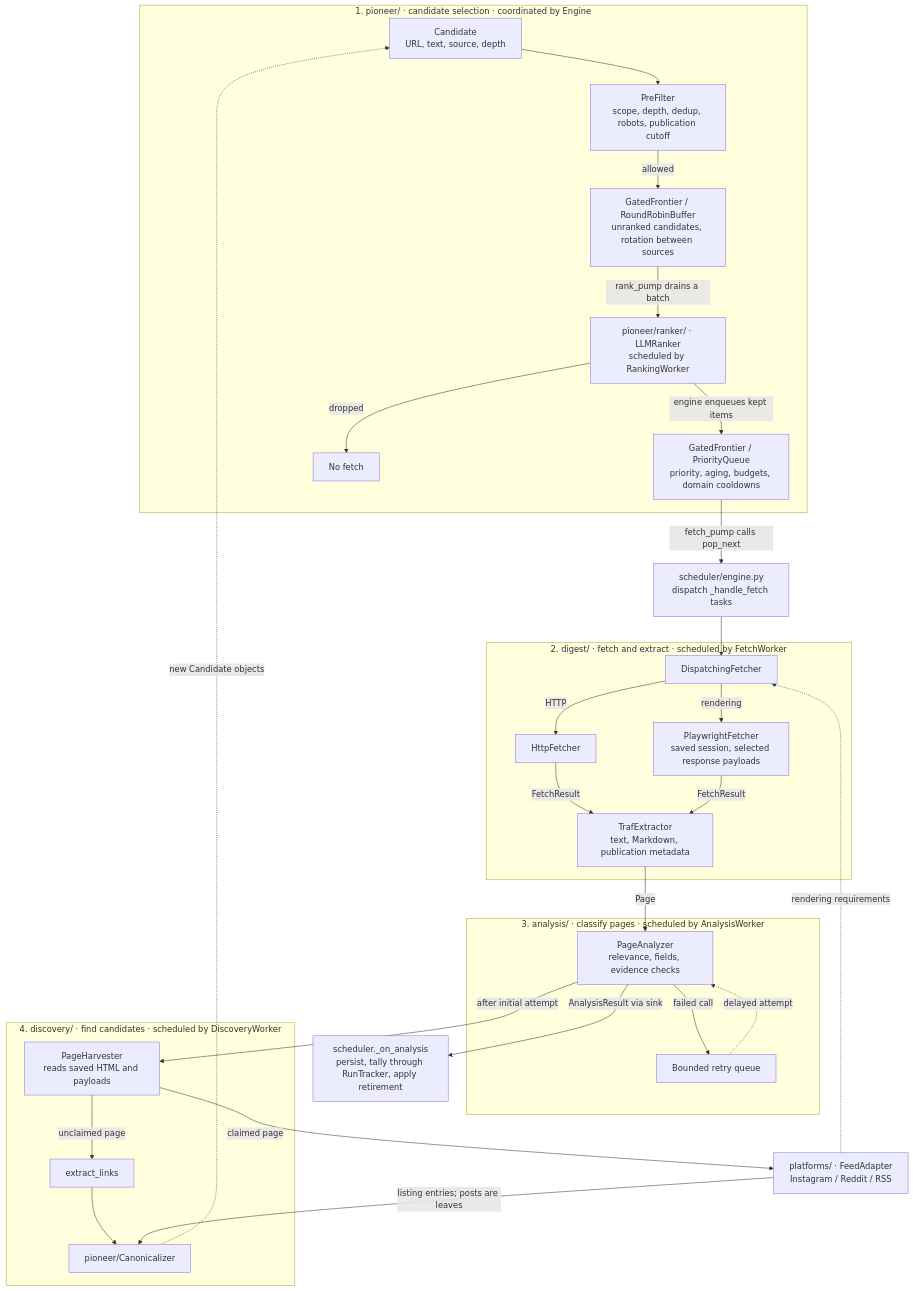
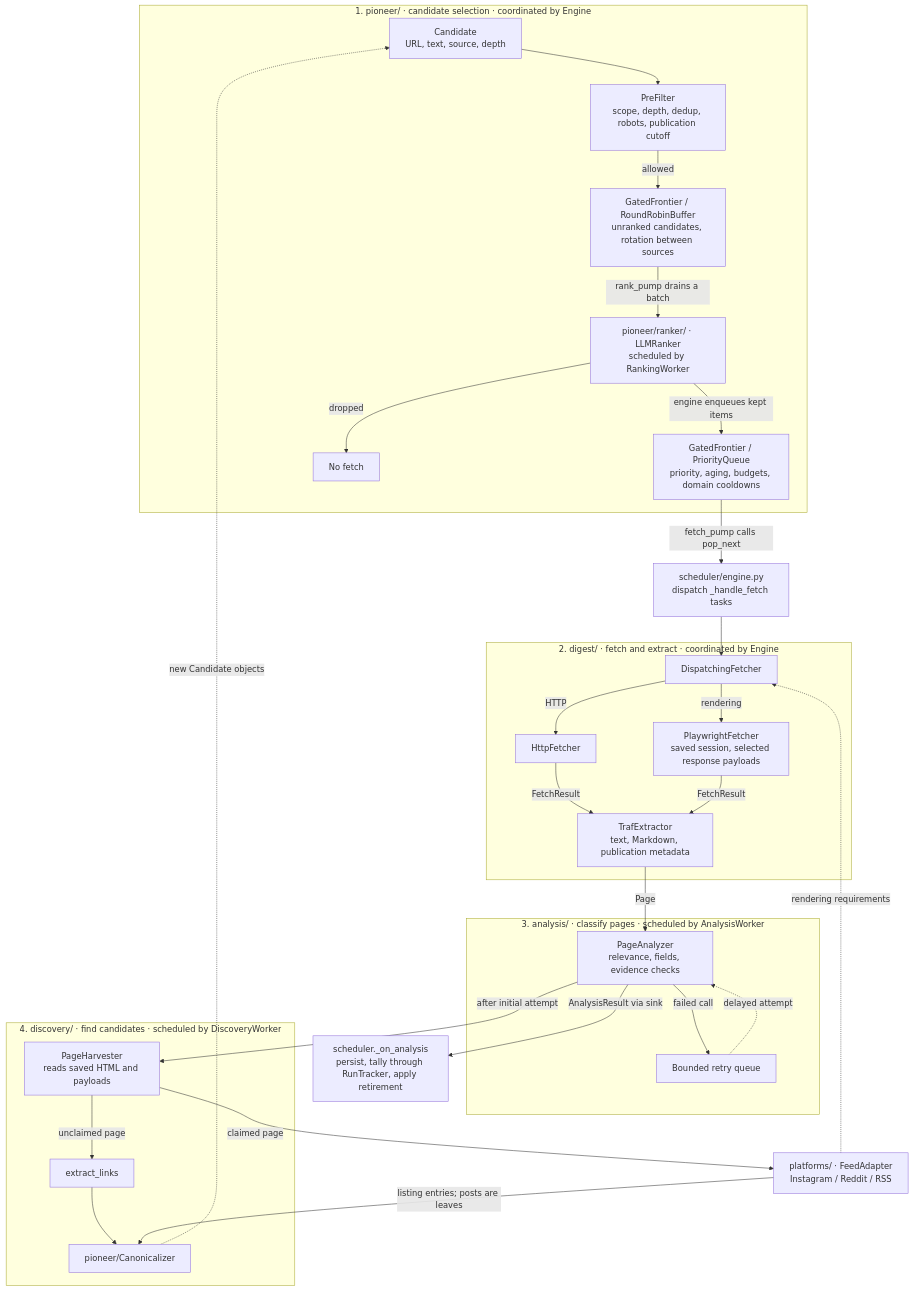
The first of 2 diagrams in docs/arch.md (shixuan/crawl-me-maybe), drawn with Mermaid before and after one commit. The commit also changed other lines of this file and 10 other files, not shown here.

````diff
--- a/docs/arch.md
+++ b/docs/arch.md
@@ -8,41 +8,41 @@
 ```mermaid
 flowchart TB
     subgraph pioneer["1. pioneer/ · candidate selection · coordinated by Engine"]
         candidates["Candidate<br>URL, text, source, depth"] --> filter["PreFilter<br>scope, depth, dedup, robots, publication cutoff"]
         filter -->|allowed| buffer["GatedFrontier / RoundRobinBuffer<br>unranked candidates, rotation between sources"]
         buffer -->|rank_pump drains a batch| ranker["pioneer/ranker/ · LLMRanker<br>scheduled by RankingWorker"]
         ranker -->|engine enqueues kept items| queue["GatedFrontier / PriorityQueue<br>priority, aging, budgets, domain cooldowns"]
         ranker -->|dropped| dropped["No fetch"]
     end
 
     queue -->|fetch_pump calls pop_next| dispatch["scheduler/engine.py<br>dispatch _handle_fetch tasks"]
 
-    subgraph digest["2. digest/ · fetch and extract · scheduled by FetchWorker"]
+    subgraph digest["2. digest/ · fetch and extract · coordinated by Engine"]
         fetcher[DispatchingFetcher] -->|HTTP| http[HttpFetcher]
         fetcher -->|rendering| browser["PlaywrightFetcher<br>saved session, selected response payloads"]
         http -->|FetchResult| extractor["TrafExtractor<br>text, Markdown, publication metadata"]
         browser -->|FetchResult| extractor
     end
     dispatch --> fetcher
 
     subgraph analysis["3. analysis/ · classify pages · scheduled by AnalysisWorker"]
         analyzer["PageAnalyzer<br>relevance, fields, evidence checks"]
         analyzer -->|failed call| retry["Bounded retry queue"]
         retry -. delayed attempt .-> analyzer
     end
     extractor -->|Page| analyzer
     analyzer -->|AnalysisResult via sink| sink["scheduler._on_analysis<br>persist, tally through RunTracker, apply retirement"]
 
     subgraph discovery["4. discovery/ · find candidates · scheduled by DiscoveryWorker"]
         harvest["PageHarvester<br>reads saved HTML and payloads"]
         harvest -->|unclaimed page| links[extract_links]
         canonical["pioneer/Canonicalizer"]
         links --> canonical
     end
     adapters["platforms/ · FeedAdapter<br>Instagram / Reddit / RSS"]
     harvest -->|claimed page| adapters
     adapters -->|listing entries; posts are leaves| canonical
     adapters -. rendering requirements .-> fetcher
     analyzer -->|after initial attempt| harvest
     canonical -. new Candidate objects .-> candidates
 ```
````
